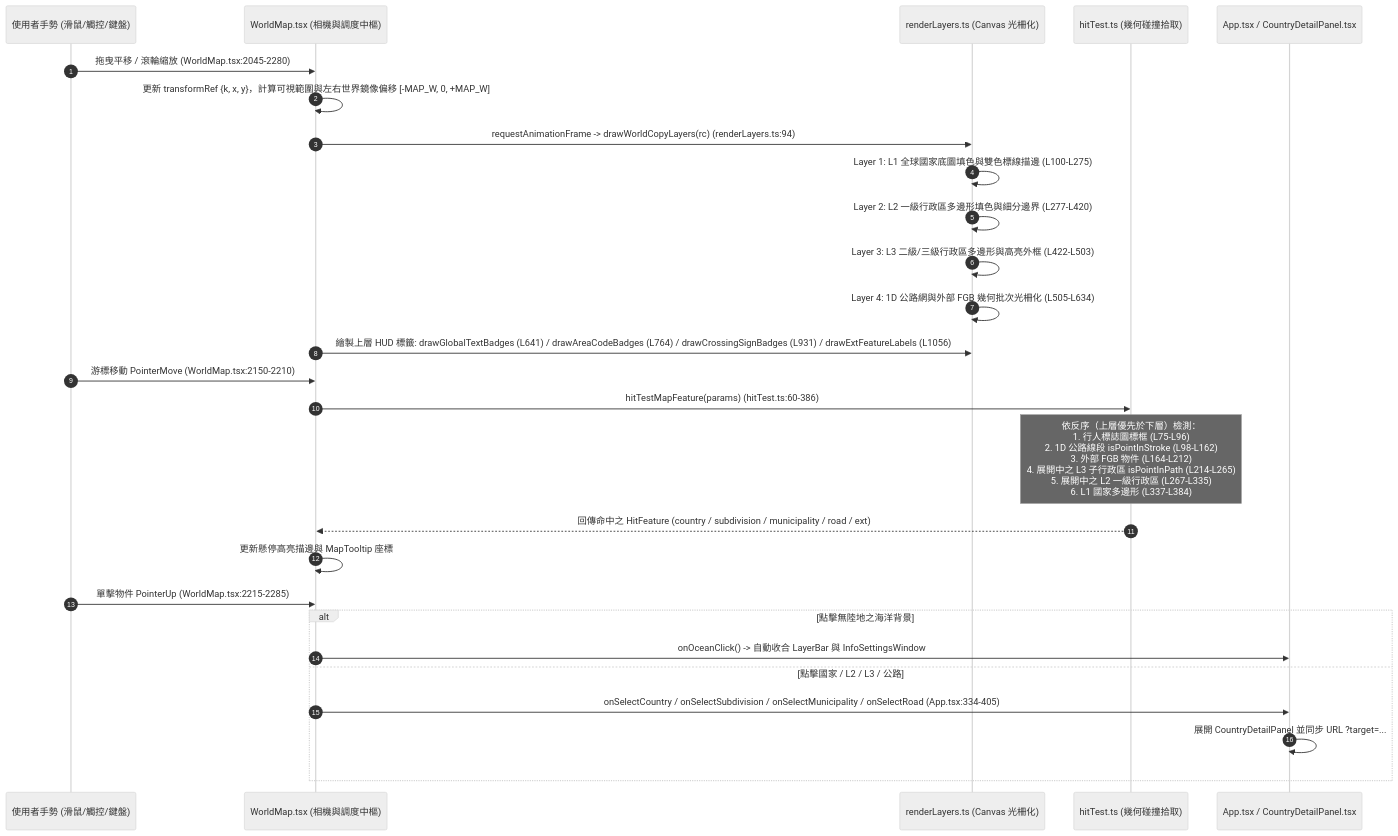
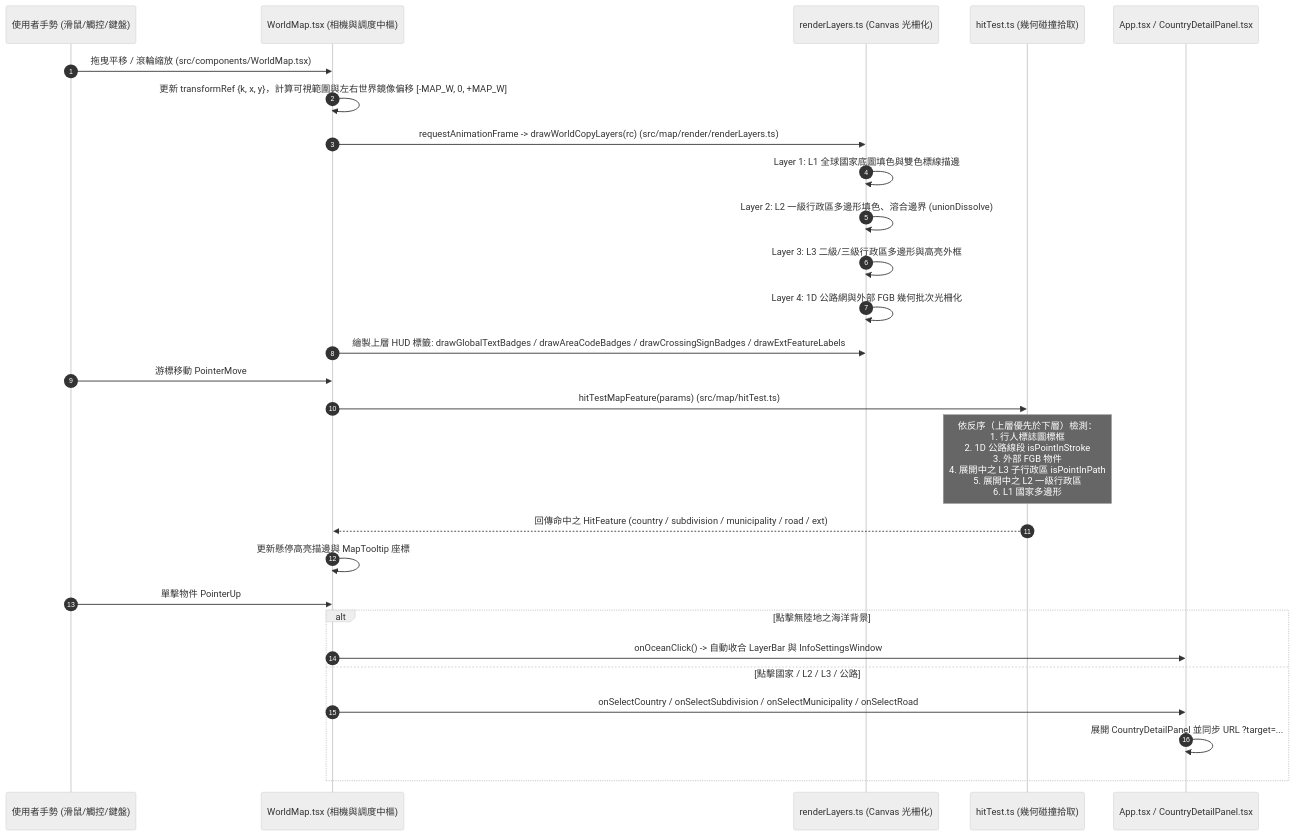
Before and after one commit to harvey-euph/inter-geo: the fourth of 7 diagrams in README.md, drawn with Mermaid (neutral theme). The commit also changed other lines of this file and 4 other files, not shown here.

Commit message:
docs: update README with new architecture and use relative and GitHub URLs

````diff
--- a/README.md
+++ b/README.md
@@ -174,32 +184,32 @@
 ```mermaid
 sequenceDiagram
   autonumber
   participant User as 使用者手勢 (滑鼠/觸控/鍵盤)
   participant WM as WorldMap.tsx (相機與調度中樞)
   participant Render as renderLayers.ts (Canvas 光柵化)
   participant Hit as hitTest.ts (幾何碰撞拾取)
   participant App as App.tsx / CountryDetailPanel.tsx
 
-  User->>WM: 拖曳平移 / 滾輪縮放 (WorldMap.tsx:2045-2280)
+  User->>WM: 拖曳平移 / 滾輪縮放 (src/components/WorldMap.tsx)
   WM->>WM: 更新 transformRef {k, x, y}，計算可視範圍與左右世界鏡像偏移 [-MAP_W, 0, +MAP_W]
-  WM->>Render: requestAnimationFrame -> drawWorldCopyLayers(rc) (renderLayers.ts:94)
-  Render->>Render: Layer 1: L1 全球國家底圖填色與雙色標線描邊 (L100-L275)
-  Render->>Render: Layer 2: L2 一級行政區多邊形填色與細分邊界 (L277-L420)
-  Render->>Render: Layer 3: L3 二級/三級行政區多邊形與高亮外框 (L422-L503)
-  Render->>Render: Layer 4: 1D 公路網與外部 FGB 幾何批次光柵化 (L505-L634)
-  WM->>Render: 繪製上層 HUD 標籤: drawGlobalTextBadges (L641) / drawAreaCodeBadges (L764) / drawCrossingSignBadges (L931) / drawExtFeatureLabels (L1056)
+  WM->>Render: requestAnimationFrame -> drawWorldCopyLayers(rc) (src/map/render/renderLayers.ts)
+  Render->>Render: Layer 1: L1 全球國家底圖填色與雙色標線描邊
+  Render->>Render: Layer 2: L2 一級行政區多邊形填色、溶合邊界 (unionDissolve)
+  Render->>Render: Layer 3: L3 二級/三級行政區多邊形與高亮外框
+  Render->>Render: Layer 4: 1D 公路網與外部 FGB 幾何批次光柵化
+  WM->>Render: 繪製上層 HUD 標籤: drawGlobalTextBadges / drawAreaCodeBadges / drawCrossingSignBadges / drawExtFeatureLabels
 
-  User->>WM: 游標移動 PointerMove (WorldMap.tsx:2150-2210)
-  WM->>Hit: hitTestMapFeature(params) (hitTest.ts:60-386)
-  Note over Hit: 依反序（上層優先於下層）檢測：<br/>1. 行人標誌圖標框 (L75-L96)<br/>2. 1D 公路線段 isPointInStroke (L98-L162)<br/>3. 外部 FGB 物件 (L164-L212)<br/>4. 展開中之 L3 子行政區 isPointInPath (L214-L265)<br/>5. 展開中之 L2 一級行政區 (L267-L335)<br/>6. L1 國家多邊形 (L337-L384)
+  User->>WM: 游標移動 PointerMove
+  WM->>Hit: hitTestMapFeature(params) (src/map/hitTest.ts)
+  Note over Hit: 依反序（上層優先於下層）檢測：<br/>1. 行人標誌圖標框<br/>2. 1D 公路線段 isPointInStroke<br/>3. 外部 FGB 物件<br/>4. 展開中之 L3 子行政區 isPointInPath<br/>5. 展開中之 L2 一級行政區<br/>6. L1 國家多邊形
   Hit-->>WM: 回傳命中之 HitFeature (country / subdivision / municipality / road / ext)
   WM->>WM: 更新懸停高亮描邊與 MapTooltip 座標
 
-  User->>WM: 單擊物件 PointerUp (WorldMap.tsx:2215-2285)
+  User->>WM: 單擊物件 PointerUp
   alt 點擊無陸地之海洋背景
     WM->>App: onOceanClick() -> 自動收合 LayerBar 與 InfoSettingsWindow
   else 點擊國家 / L2 / L3 / 公路
-    WM->>App: onSelectCountry / onSelectSubdivision / onSelectMunicipality / onSelectRoad (App.tsx:334-405)
+    WM->>App: onSelectCountry / onSelectSubdivision / onSelectMunicipality / onSelectRoad
     App->>App: 展開 CountryDetailPanel 並同步 URL ?target=...
   end
 ```
````
